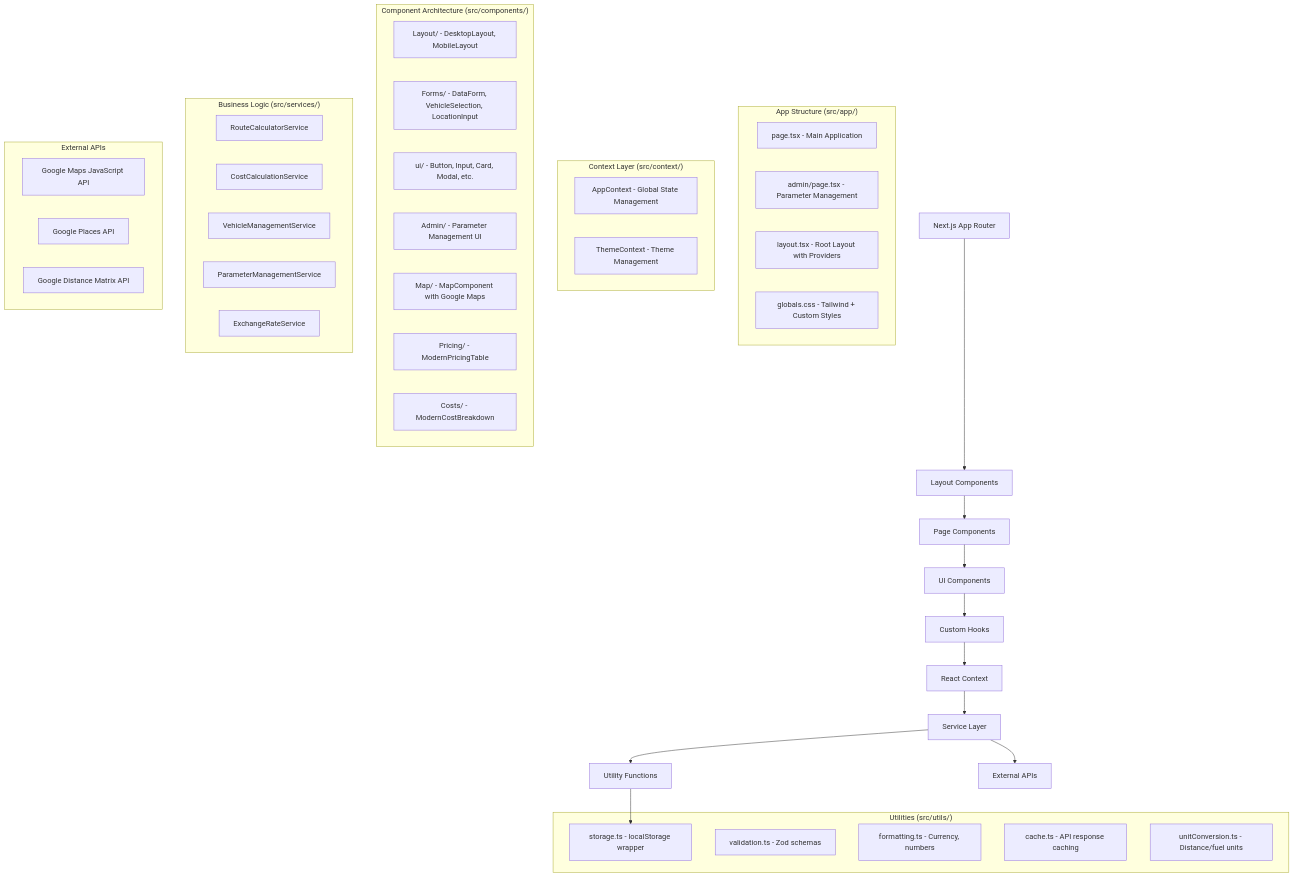
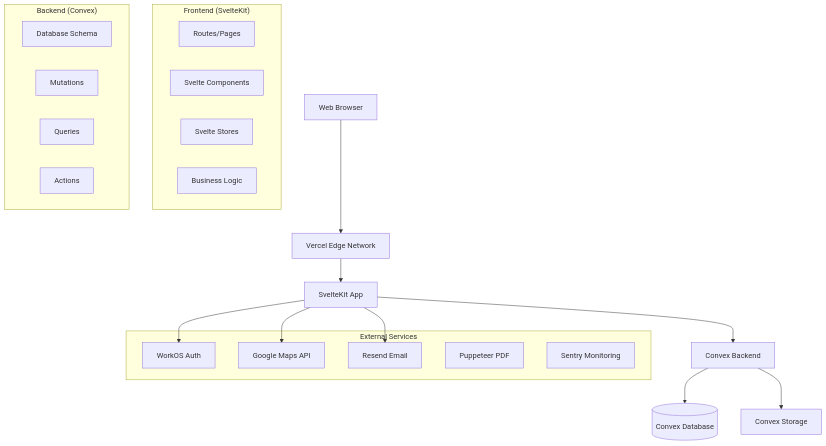
One commit to ahvega/routewise changed the first of 2 diagrams in .kiro/specs/enhanced-transportation-quotation/design.md. Above: the diagram before and after it, drawn with Mermaid. The commit also changed other lines of this file and 6 other files, not shown here.

First line of the commit message:
chore: snapshot before SvelteKit migration

````diff
--- a/.kiro/specs/enhanced-transportation-quotation/design.md
+++ b/.kiro/specs/enhanced-transportation-quotation/design.md
@@ -13,56 +31,34 @@
 ```mermaid
 graph TB
-    App[Next.js App Router] --> Layout[Layout Components]
-    Layout --> Pages[Page Components]
-    Pages --> UI[UI Components]
-    UI --> Hooks[Custom Hooks]
-    Hooks --> Context[React Context]
-    Context --> Services[Service Layer]
-    Services --> Utils[Utility Functions]
-    Services --> APIs[External APIs]
-    Utils --> Storage[Local Storage]
+    Client[Web Browser] --> Vercel[Vercel Edge Network]
+    Vercel --> SvelteKit[SvelteKit App]
+    SvelteKit --> WorkOS[WorkOS Auth]
+    SvelteKit --> Convex[Convex Backend]
+    SvelteKit --> GoogleMaps[Google Maps API]
+    SvelteKit --> Resend[Resend Email]
 
-    subgraph "App Structure (src/app/)"
-        MainPage[page.tsx - Main Application]
-        AdminPage[admin/page.tsx - Parameter Management]
-        RootLayout[layout.tsx - Root Layout with Providers]
-        GlobalCSS[globals.css - Tailwind + Custom Styles]
+    Convex --> ConvexDB[(Convex Database)]
+    Convex --> ConvexStorage[Convex Storage]
+
+    subgraph "Frontend (SvelteKit)"
+        Routes[Routes/Pages]
+        Components[Svelte Components]
+        Stores[Svelte Stores]
+        Services[Business Logic]
     end
 
-    subgraph "Context Layer (src/context/)"
-        AppContext[AppContext - Global State Management]
-        ThemeContext[ThemeContext - Theme Management]
+    subgraph "Backend (Convex)"
+        Schema[Database Schema]
+        Mutations[Mutations]
+        Queries[Queries]
+        Actions[Actions]
     end
 
-    subgraph "Component Architecture (src/components/)"
-        LayoutComps[Layout/ - DesktopLayout, MobileLayout]
-        FormComps[Forms/ - DataForm, VehicleSelection, LocationInput]
-        UIComps[ui/ - Button, Input, Card, Modal, etc.]
-        AdminComps[Admin/ - Parameter Management UI]
-        MapComps[Map/ - MapComponent with Google Maps]
-        PricingComps[Pricing/ - ModernPricingTable]
-        CostComps[Costs/ - ModernCostBreakdown]
-    end
-
-    subgraph "Business Logic (src/services/)"
-        RouteService[RouteCalculatorService]
-        CostService[CostCalculationService]
-        VehicleService[VehicleManagementService]
-        ParameterService[ParameterManagementService]
-        ExchangeService[ExchangeRateService]
-    end
-
-    subgraph "External APIs"
-        GoogleMaps[Google Maps JavaScript API]
-        GooglePlaces[Google Places API]
-        GoogleDistance[Google Distance Matrix API]
-    end
-
-    subgraph "Utilities (src/utils/)"
-        Validation[validation.ts - Zod schemas]
-        Formatting[formatting.ts - Currency, numbers]
-        Storage[storage.ts - localStorage wrapper]
-        Cache[cache.ts - API response caching]
-        UnitConversion[unitConversion.ts - Distance/fuel units]
+    subgraph "External Services"
+        WorkOS
+        GoogleMaps
+        Resend
+        Puppeteer[Puppeteer PDF]
+        Sentry[Sentry Monitoring]
     end
 ```
````
